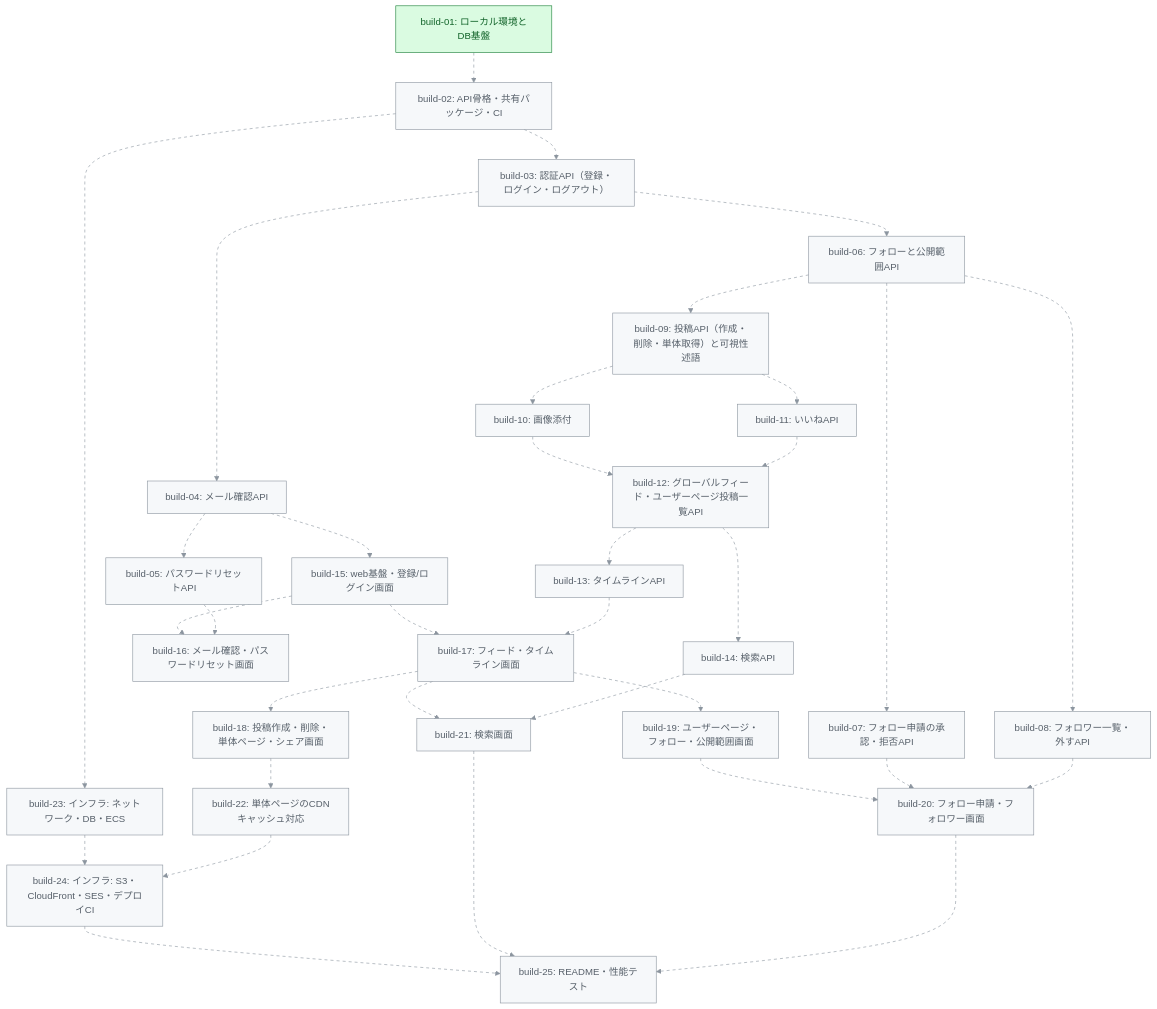
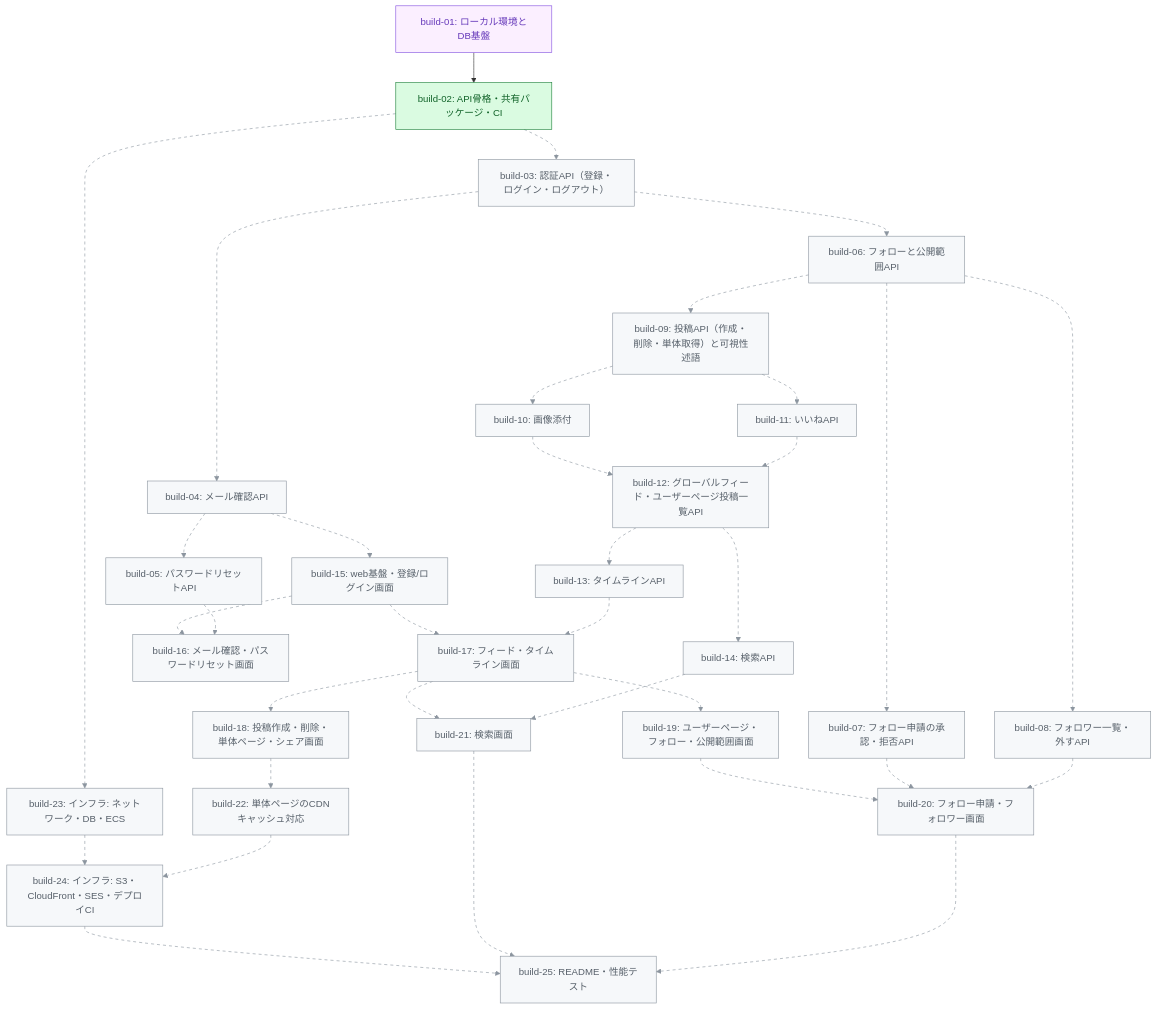
One commit to tak-solder/litmus-sns-sonnet55-hikyaku changed the diagram in docs/hikyaku/cycles/001-mvp/tasklist.md. Above: the diagram before and after it, drawn with Mermaid. The commit also changed other lines of this file, not shown here.

````diff
--- a/docs/hikyaku/cycles/001-mvp/tasklist.md
+++ b/docs/hikyaku/cycles/001-mvp/tasklist.md
@@ -40,67 +40,68 @@
 ```mermaid
 graph TD
   b01["build-01: ローカル環境とDB基盤"]
   b02["build-02: API骨格・共有パッケージ・CI"]
   b03["build-03: 認証API（登録・ログイン・ログアウト）"]
   b04["build-04: メール確認API"]
   b05["build-05: パスワードリセットAPI"]
   b06["build-06: フォローと公開範囲API"]
   b07["build-07: フォロー申請の承認・拒否API"]
   b08["build-08: フォロワー一覧・外すAPI"]
   b09["build-09: 投稿API（作成・削除・単体取得）と可視性述語"]
   b10["build-10: 画像添付"]
   b11["build-11: いいねAPI"]
   b12["build-12: グローバルフィード・ユーザーページ投稿一覧API"]
   b13["build-13: タイムラインAPI"]
   b14["build-14: 検索API"]
   b15["build-15: web基盤・登録/ログイン画面"]
   b16["build-16: メール確認・パスワードリセット画面"]
   b17["build-17: フィード・タイムライン画面"]
   b18["build-18: 投稿作成・削除・単体ページ・シェア画面"]
   b19["build-19: ユーザーページ・フォロー・公開範囲画面"]
   b20["build-20: フォロー申請・フォロワー画面"]
   b21["build-21: 検索画面"]
   b22["build-22: 単体ページのCDNキャッシュ対応"]
   b23["build-23: インフラ: ネットワーク・DB・ECS"]
   b24["build-24: インフラ: S3・CloudFront・SES・デプロイCI"]
   b25["build-25: README・性能テスト"]
-  b01 -.-> b02
+  b01 --> b02
   b02 -.-> b03
   b03 -.-> b04
   b04 -.-> b05
   b03 -.-> b06
   b06 -.-> b07
   b06 -.-> b08
   b06 -.-> b09
   b09 -.-> b10
   b09 -.-> b11
   b10 -.-> b12
   b11 -.-> b12
   b12 -.-> b13
   b12 -.-> b14
   b04 -.-> b15
   b15 -.-> b16
   b05 -.-> b16
   b15 -.-> b17
   b13 -.-> b17
   b17 -.-> b18
   b17 -.-> b19
   b19 -.-> b20
   b07 -.-> b20
   b08 -.-> b20
   b17 -.-> b21
   b14 -.-> b21
   b18 -.-> b22
   b02 -.-> b23
   b23 -.-> b24
   b22 -.-> b24
   b24 -.-> b25
   b21 -.-> b25
   b20 -.-> b25
   classDef merged fill:#fbefff,stroke:#8250df,color:#6639ba
   classDef ready fill:#dafbe1,stroke:#1a7f37,color:#116329
   classDef blocked fill:#f6f8fa,stroke:#8c959f,color:#57606a
-  class b01 ready
-  class b02,b03,b04,b05,b06,b07,b08,b09,b10,b11,b12,b13,b14,b15,b16,b17,b18,b19,b20,b21,b22,b23,b24,b25 blocked
-  linkStyle 0,1,2,3,4,5,6,7,8,9,10,11,12,13,14,15,16,17,18,19,20,21,22,23,24,25,26,27,28,29,30,31,32 stroke:#8c959f,stroke-dasharray:5 5
+  class b01 merged
+  class b02 ready
+  class b03,b04,b05,b06,b07,b08,b09,b10,b11,b12,b13,b14,b15,b16,b17,b18,b19,b20,b21,b22,b23,b24,b25 blocked
+  linkStyle 1,2,3,4,5,6,7,8,9,10,11,12,13,14,15,16,17,18,19,20,21,22,23,24,25,26,27,28,29,30,31,32 stroke:#8c959f,stroke-dasharray:5 5
 ```
````
